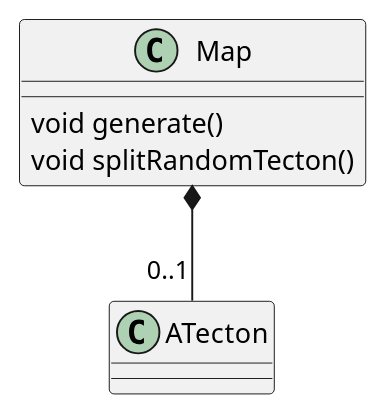
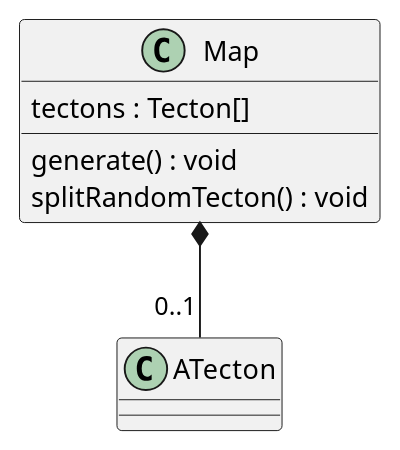
One commit to Petya-G/fungorium changed the diagram in 3/classes/map.puml. Above: the diagram before and after it, drawn with PlantUML. The commit also changed 4 other files, not shown here.

```diff
--- a/3/classes/map.puml
+++ b/3/classes/map.puml
@@ -1,7 +1,8 @@
 @startuml map
 Map *-- "0..1" ATecton
 class Map{
-    void generate()
-    void splitRandomTecton()
+    tectons : Tecton[]
+    generate() : void
+    splitRandomTecton() : void
 }
 @enduml
```
